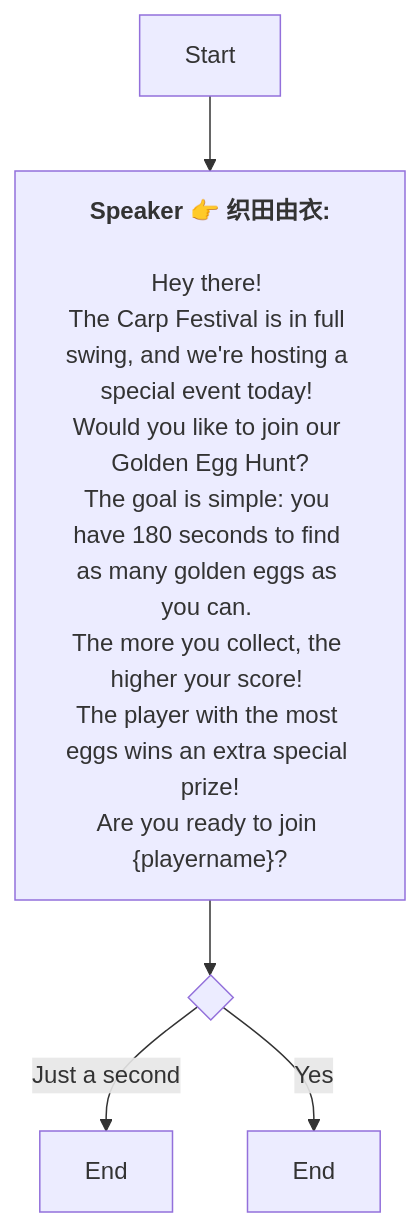
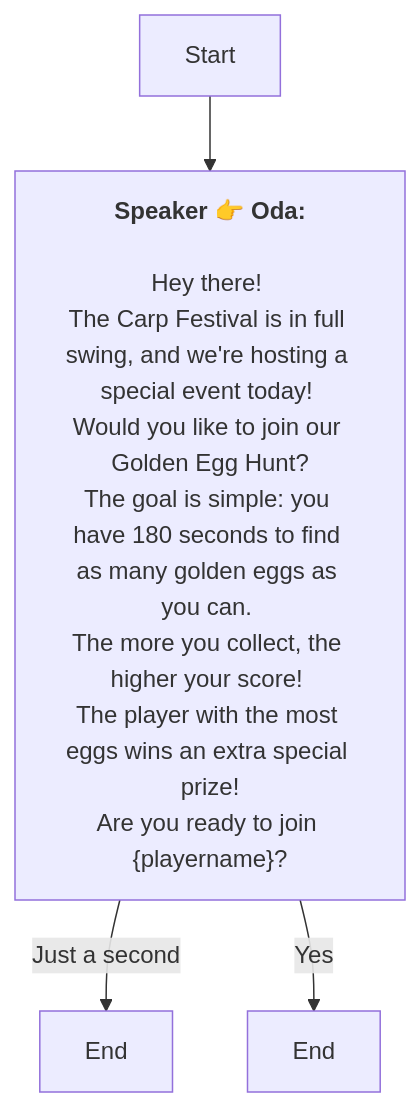
The diagram in Zh/QuestTalkObjectiveNode_1768889928343338.md (SoftHu/tos_avg), drawn with Mermaid before and after one commit. The commit also changed 737 other files, not shown here.

````diff
--- a/Zh/QuestTalkObjectiveNode_1768889928343338.md
+++ b/Zh/QuestTalkObjectiveNode_1768889928343338.md
@@ -1,16 +1,12 @@
 ```mermaid
 graph
-Start -->1768890085543728[<b>Speaker 👉 织田由衣:</b>
+Start -->1768890085543728[<b>Speaker 👉 Oda:</b>
+\nHey there! 
+The Carp Festival is in full swing, and we're hosting a special event today! 
+Would you like to join our Golden Egg Hunt?\nThe goal is simple: you have 180 seconds to find as many golden eggs as you can. 
+The more you collect, the higher your score! 
+The player with the most eggs wins an extra special prize!\nAre you ready to join &lbrace;playername&rbrace;?]
+1768890085543728 -->|Just a second|1770206532074583[End]
+1768890085543728 -->|Yes|1768890258964276[End]
 
-Hey there! 
-The Carp Festival is in full swing, and we're hosting a special event today! 
-Would you like to join our Golden Egg Hunt?
-The goal is simple: you have 180 seconds to find as many golden eggs as you can. 
-The more you collect, the higher your score! 
-The player with the most eggs wins an extra special prize!
-Are you ready to join &lbrace;playername&rbrace;?]
-1768890085543728 -->1770206455413841{ }
-1770206455413841 -->|Just a second|1770206532074583[End]
-1770206455413841 -->|Yes|1768890258964276[End]
-
- ```
+```
````
